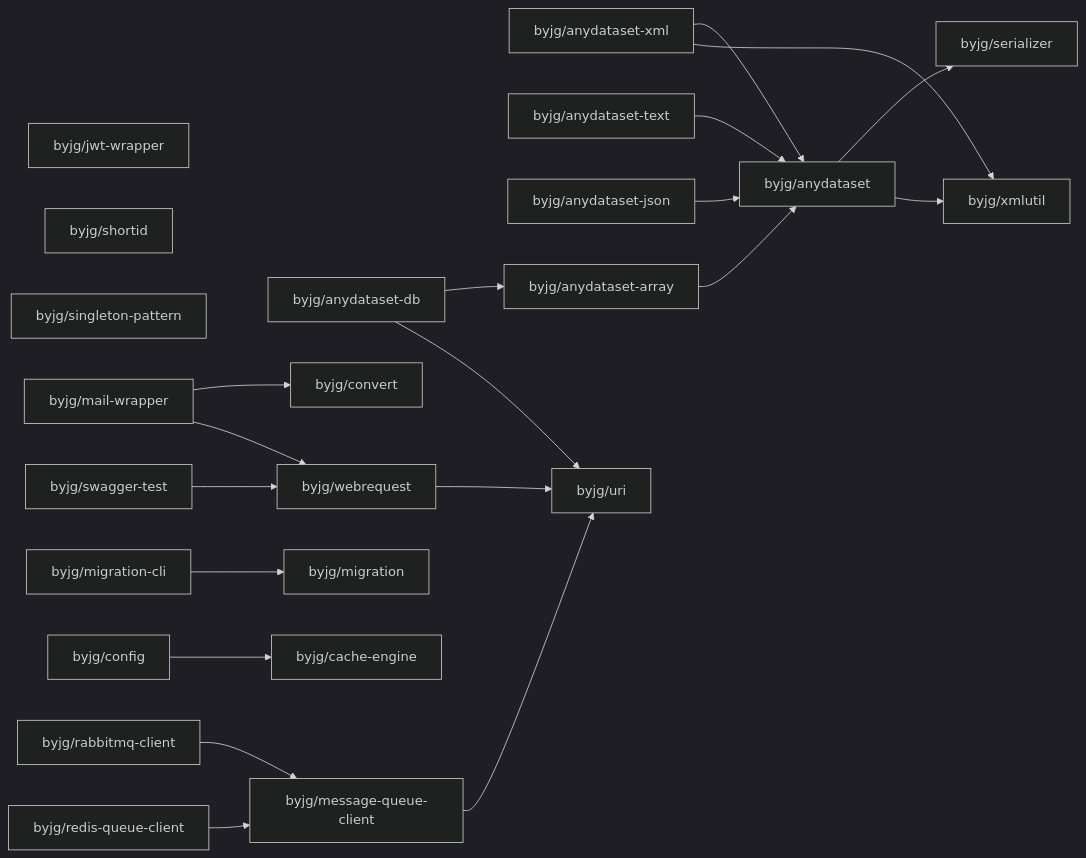
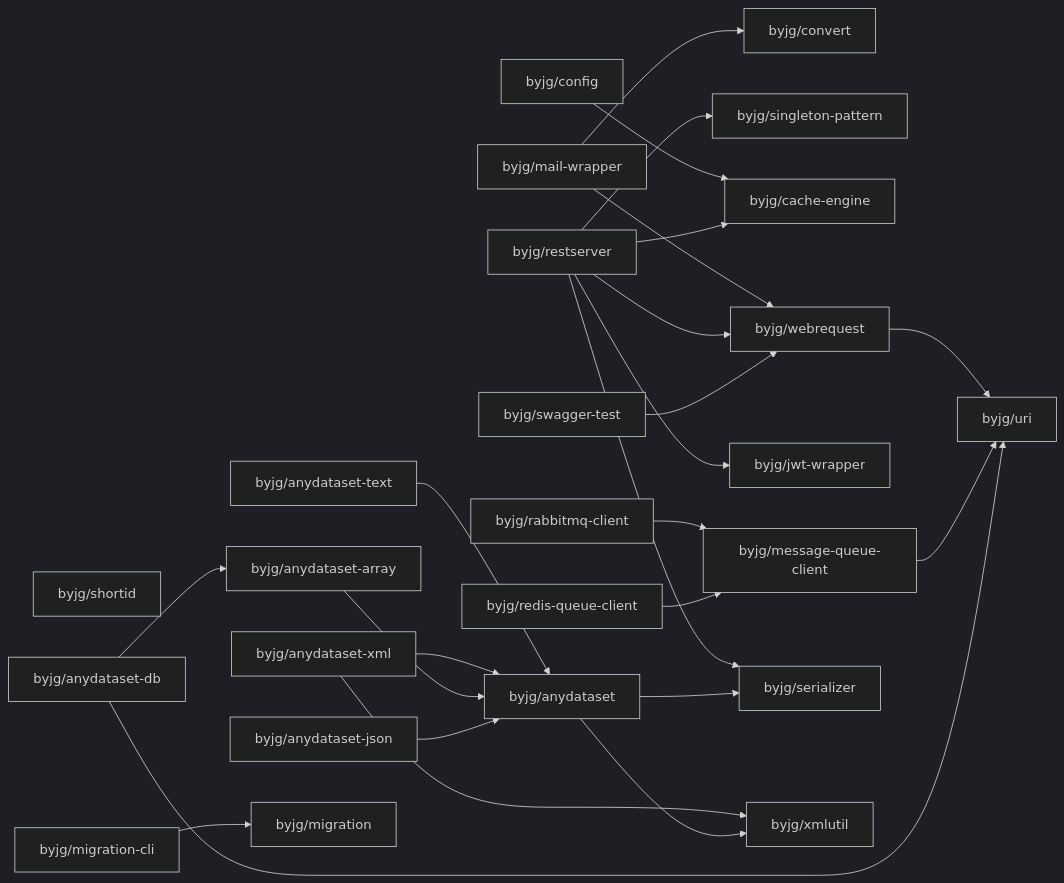
One commit to byjg/byjg.github.io changed the diagram in php/README.md. Above: the diagram before and after it, drawn with Mermaid (dark theme). The commit also changed 13 other files, not shown here.

````diff
--- a/php/README.md
+++ b/php/README.md
@@ -3,44 +3,50 @@
 ```mermaid
 graph LR;
-  byjg/jwt-wrapper;
-  byjg/shortid;
-  byjg/anydataset-xml;
-  byjg/singleton-pattern;
-  byjg/mail-wrapper;
-  byjg/swagger-test;
-  byjg/migration-cli;
-  byjg/anydataset-db;
   byjg/anydataset-text;
   byjg/anydataset-json;
+  byjg/shortid;
   byjg/config;
+  byjg/mail-wrapper;
+  byjg/anydataset-db;
+  byjg/swagger-test;
   byjg/rabbitmq-client;
+  byjg/restserver;
+  byjg/anydataset-xml;
   byjg/redis-queue-client;
+  byjg/migration-cli;
   byjg/convert;
+  byjg/anydataset-array;
+  byjg/singleton-pattern;
+  byjg/cache-engine;
   byjg/webrequest;
+  byjg/jwt-wrapper;
+  byjg/message-queue-client;
   byjg/migration;
-  byjg/anydataset-array;
-  byjg/cache-engine;
-  byjg/message-queue-client;
   byjg/anydataset;
   byjg/uri;
   byjg/serializer;
   byjg/xmlutil;
   byjg/config --> byjg/cache-engine;
   byjg/anydataset-text --> byjg/anydataset;
   byjg/webrequest --> byjg/uri;
   byjg/rabbitmq-client --> byjg/message-queue-client;
   byjg/anydataset-xml --> byjg/anydataset;
   byjg/anydataset-xml --> byjg/xmlutil;
   byjg/anydataset-array --> byjg/anydataset;
   byjg/mail-wrapper --> byjg/convert;
   byjg/mail-wrapper --> byjg/webrequest;
   byjg/message-queue-client --> byjg/uri;
   byjg/anydataset-db --> byjg/anydataset-array;
   byjg/anydataset-db --> byjg/uri;
   byjg/anydataset-json --> byjg/anydataset;
   byjg/redis-queue-client --> byjg/message-queue-client;
+  byjg/restserver --> byjg/serializer;
+  byjg/restserver --> byjg/singleton-pattern;
+  byjg/restserver --> byjg/cache-engine;
+  byjg/restserver --> byjg/webrequest;
+  byjg/restserver --> byjg/jwt-wrapper;
   byjg/swagger-test --> byjg/webrequest;
   byjg/migration-cli --> byjg/migration;
   byjg/anydataset --> byjg/serializer;
   byjg/anydataset --> byjg/xmlutil;
 ```
````
